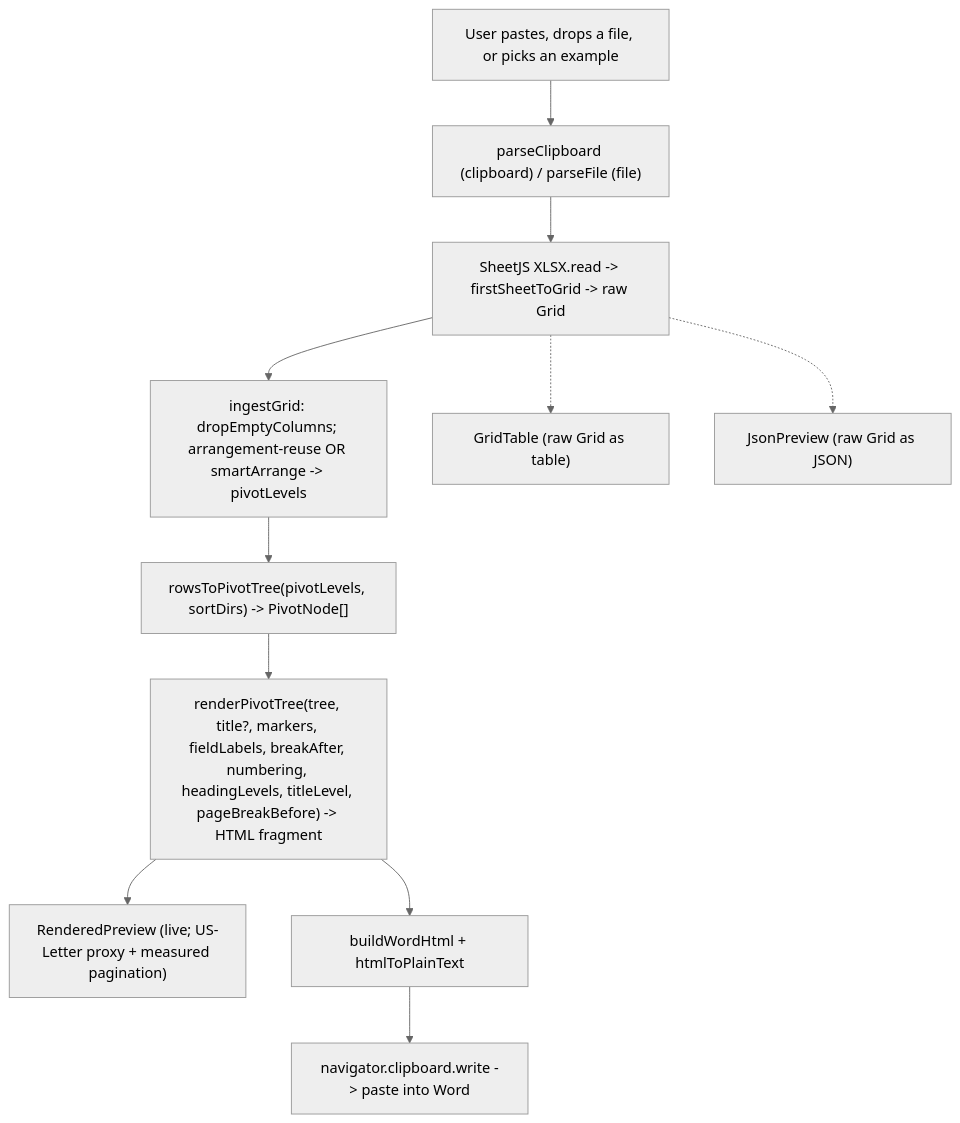
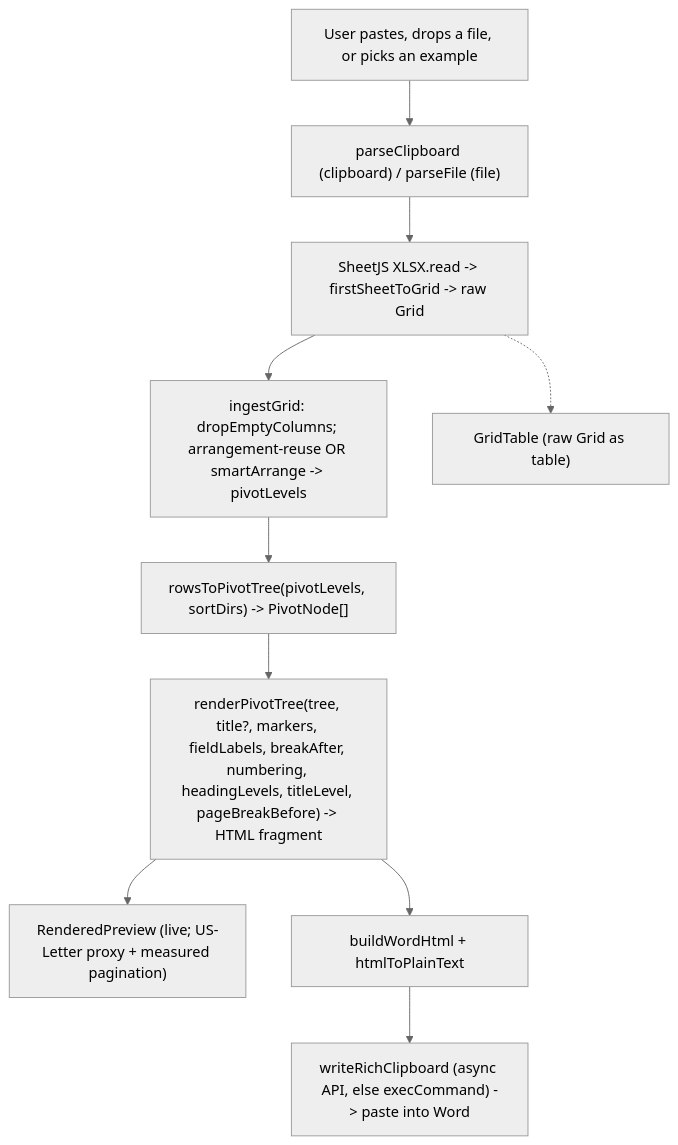
Before and after one commit to henryqpham/PivotParagraph: the diagram in docs/ARCHITECTURE.md, drawn with Mermaid (neutral theme). The commit also changed other lines of this file and 4 other files, not shown here.

````diff
--- a/docs/ARCHITECTURE.md
+++ b/docs/ARCHITECTURE.md
@@ -78,18 +97,16 @@
 ```mermaid
 flowchart TD
     A["User pastes, drops a file, or picks an example"]
     B["parseClipboard (clipboard) / parseFile (file)"]
     C["SheetJS XLSX.read -> firstSheetToGrid -> raw Grid"]
     SA["ingestGrid: dropEmptyColumns; arrangement-reuse OR smartArrange -> pivotLevels"]
     PV["rowsToPivotTree(pivotLevels, sortDirs) -> PivotNode[]"]
     RP["renderPivotTree(tree, title?, markers, fieldLabels, breakAfter, numbering, headingLevels, titleLevel, pageBreakBefore) -> HTML fragment"]
     P["RenderedPreview (live; US-Letter proxy + measured pagination)"]
     GT["GridTable (raw Grid as table)"]
-    J["JsonPreview (raw Grid as JSON)"]
     W["buildWordHtml + htmlToPlainText"]
-    X["navigator.clipboard.write -> paste into Word"]
+    X["writeRichClipboard (async API, else execCommand) -> paste into Word"]
     A --> B --> C --> SA --> PV --> RP --> P
     C -.-> GT
-    C -.-> J
     RP --> W --> X
 ```
````
